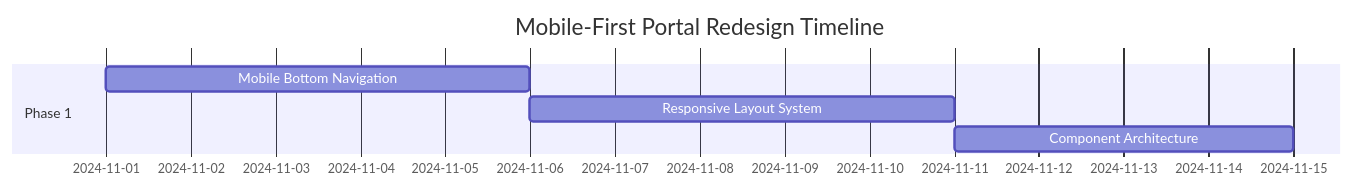
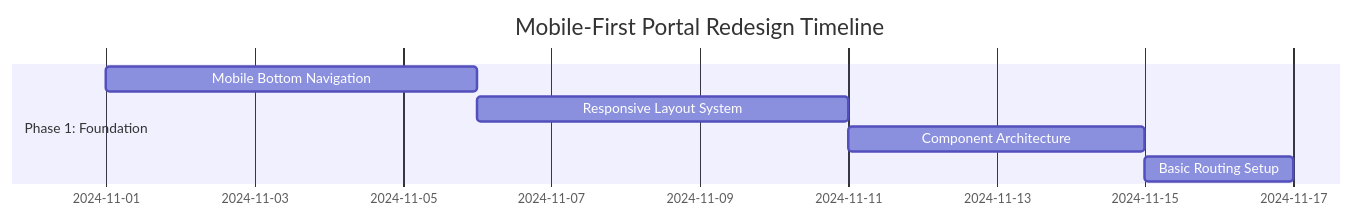
Diagram 25 of 31 in docs/patient-portal-mobile-first-redesign-prd.md (Justy6674/DSWebsite_next.js), drawn with Mermaid before and after one commit. The commit also changed other lines of this file, not shown here.

First line of the commit message:
fix: Complete Patient Portal PRD with comprehensive mermaid diagrams

````diff
--- a/docs/patient-portal-mobile-first-redesign-prd.md
+++ b/docs/patient-portal-mobile-first-redesign-prd.md
@@ -610,9 +791,10 @@
 ```mermaid
 gantt
     title Mobile-First Portal Redesign Timeline
     dateFormat  YYYY-MM-DD
-    section Phase 1
-    Mobile Bottom Navigation    :a1, 2024-11-01, 5d
-    Responsive Layout System    :a2, after a1, 5d
-    Component Architecture      :a3, after a2, 4d
+    section Phase 1: Foundation
+    Mobile Bottom Navigation     :a1, 2024-11-01, 5d
+    Responsive Layout System     :a2, after a1, 5d
+    Component Architecture       :a3, after a2, 4d
+    Basic Routing Setup         :a4, after a3, 2d
 ```
````
